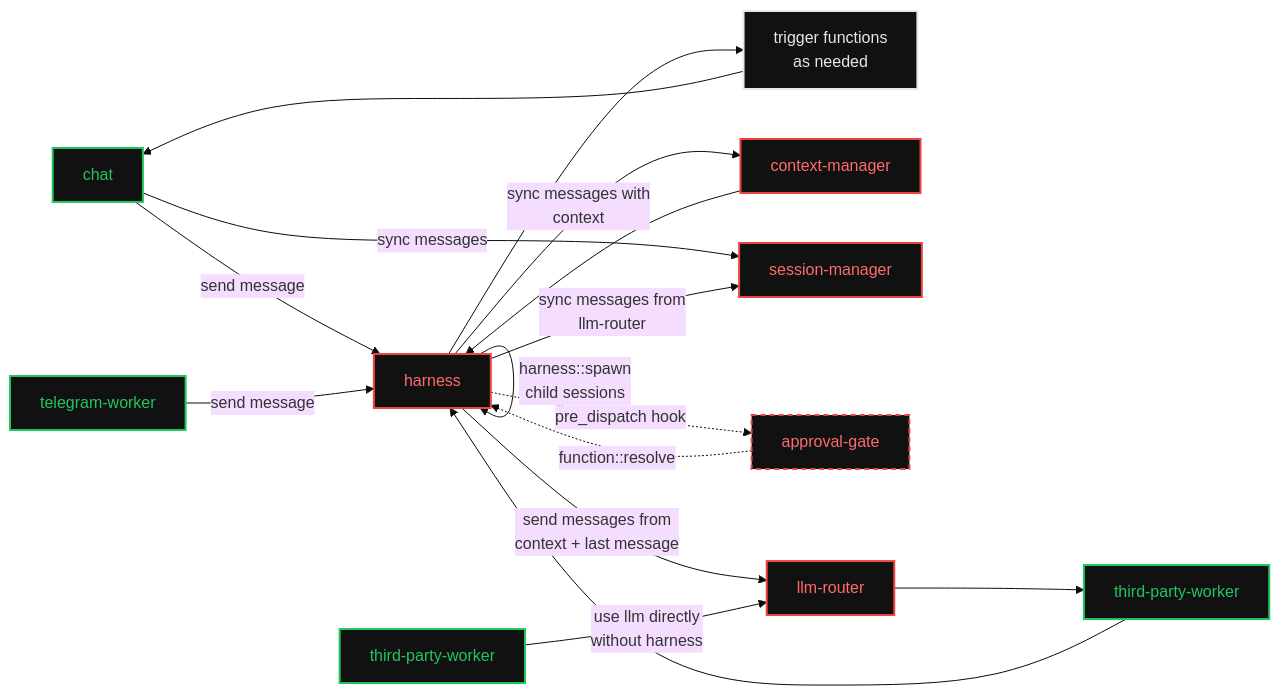
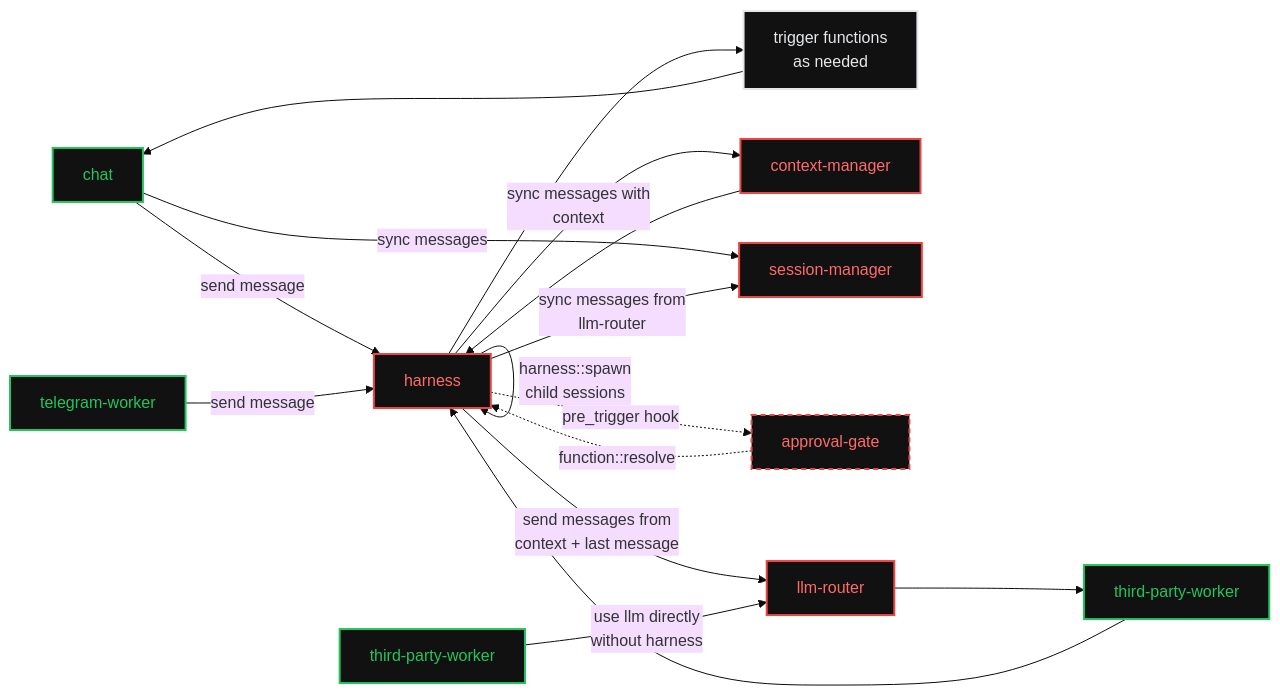
The diagram in tech-specs/2026-06-agentic/README.md (iii-hq/workers), drawn with Mermaid (base theme) before and after one commit. The commit also changed other lines of this file and 330 other files, not shown here.

````diff
--- a/tech-specs/2026-06-agentic/README.md
+++ b/tech-specs/2026-06-agentic/README.md
@@ -14,57 +14,57 @@
 ```mermaid
 flowchart LR
   %% Nodes
   chat["chat"]
   tg["telegram-worker"]
   funcs["trigger functions<br/>as needed"]
   ctx["context-manager"]
   harness["harness"]
   session["session-manager"]
   tpTop["third-party-worker"]
   router["llm-router"]
   tpBottom["third-party-worker"]
   gate["approval-gate"]
 
   %% Chat flow
   chat -->|"send message"| harness
   chat -->|"sync messages"| session
 
   %% Telegram flow
   tg -->|"send message"| harness
 
   %% Harness orchestration
   harness -->|"sync messages with<br/>context"| ctx
   ctx --> harness
 
   harness -->|"sync messages from<br/>llm-router"| session
 
   %% Function trigger
   harness --> funcs
   funcs --> chat
 
   %% Sub-agents (spawn/join)
   harness -->|"harness::spawn<br/>child sessions"| harness
 
-  %% Optional approval sibling (pre_dispatch hook + resolve)
-  harness -.->|"pre_dispatch hook"| gate
+  %% Optional approval sibling (pre_trigger hook + resolve)
+  harness -.->|"pre_trigger hook"| gate
   gate -.->|"function::resolve"| harness
 
   %% LLM routing
   harness -->|"send messages from<br/>context + last message"| router
 
   %% Workers
   tpTop --> harness
   tpBottom -->|"use llm directly<br/>without harness"| router
   router --> tpTop
 
   %% Styling
   classDef green fill:#111,stroke:#22c55e,color:#22c55e,stroke-width:2px;
   classDef red fill:#111,stroke:#ef4444,color:#ff6b6b,stroke-width:2px;
   classDef white fill:#111,stroke:#e5e7eb,color:#e5e7eb,stroke-width:2px;
   classDef sibling fill:#111,stroke:#ef4444,color:#ff6b6b,stroke-width:2px,stroke-dasharray:5 4;
 
   class chat,tg,tpTop,tpBottom green;
   class ctx,harness,session,router red;
   class funcs white;
   class gate sibling;
 ```
````
